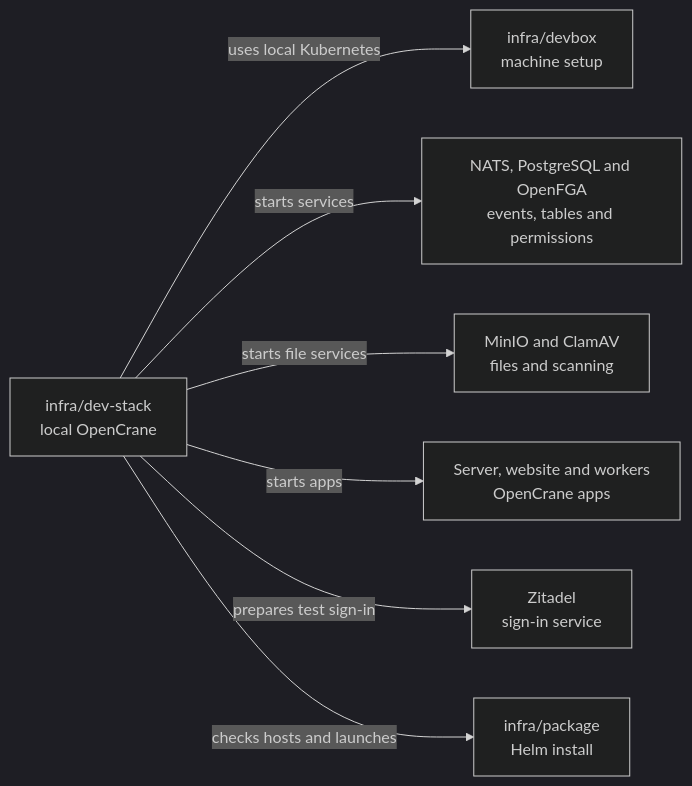
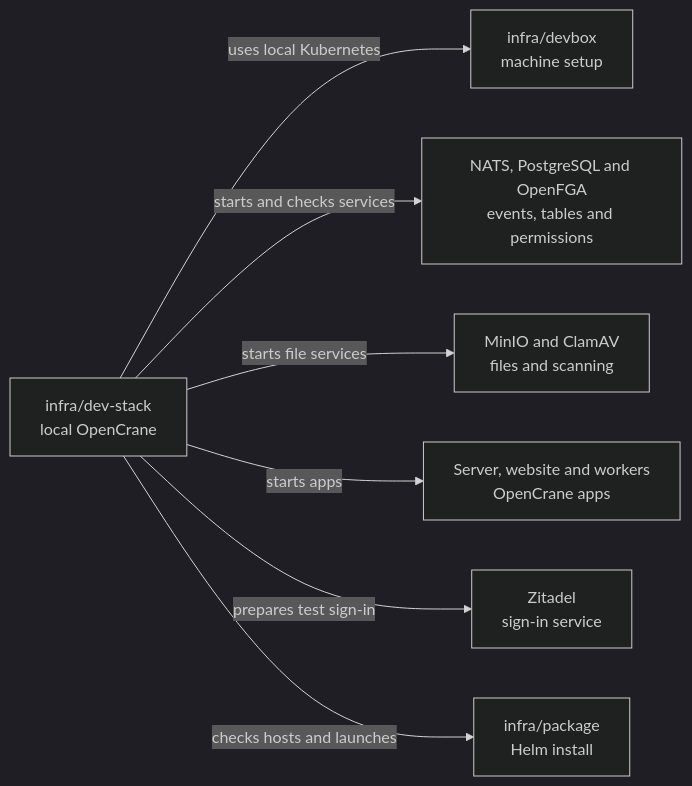
Before and after one commit to elewa-git/opencrane-new: the diagram in infra/dev-stack/README.md, drawn with Mermaid (dark theme). The commit also changed other lines of this file and 90 other files, not shown here.

````diff
--- a/infra/dev-stack/README.md
+++ b/infra/dev-stack/README.md
@@ -17,9 +17,9 @@
 ```mermaid
 flowchart LR
   stack["infra/dev-stack<br/>local OpenCrane"] -->|uses local Kubernetes| devbox["infra/devbox<br/>machine setup"]
-  stack -->|starts services| services["NATS, PostgreSQL and OpenFGA<br/>events, tables and permissions"]
+  stack -->|starts and checks services| services["NATS, PostgreSQL and OpenFGA<br/>events, tables and permissions"]
   stack -->|starts file services| files["MinIO and ClamAV<br/>files and scanning"]
   stack -->|starts apps| apps["Server, website and workers<br/>OpenCrane apps"]
   stack -->|prepares test sign-in| zitadel["Zitadel<br/>sign-in service"]
   stack -->|checks hosts and launches| package["infra/package<br/>Helm install"]
 ```
````
